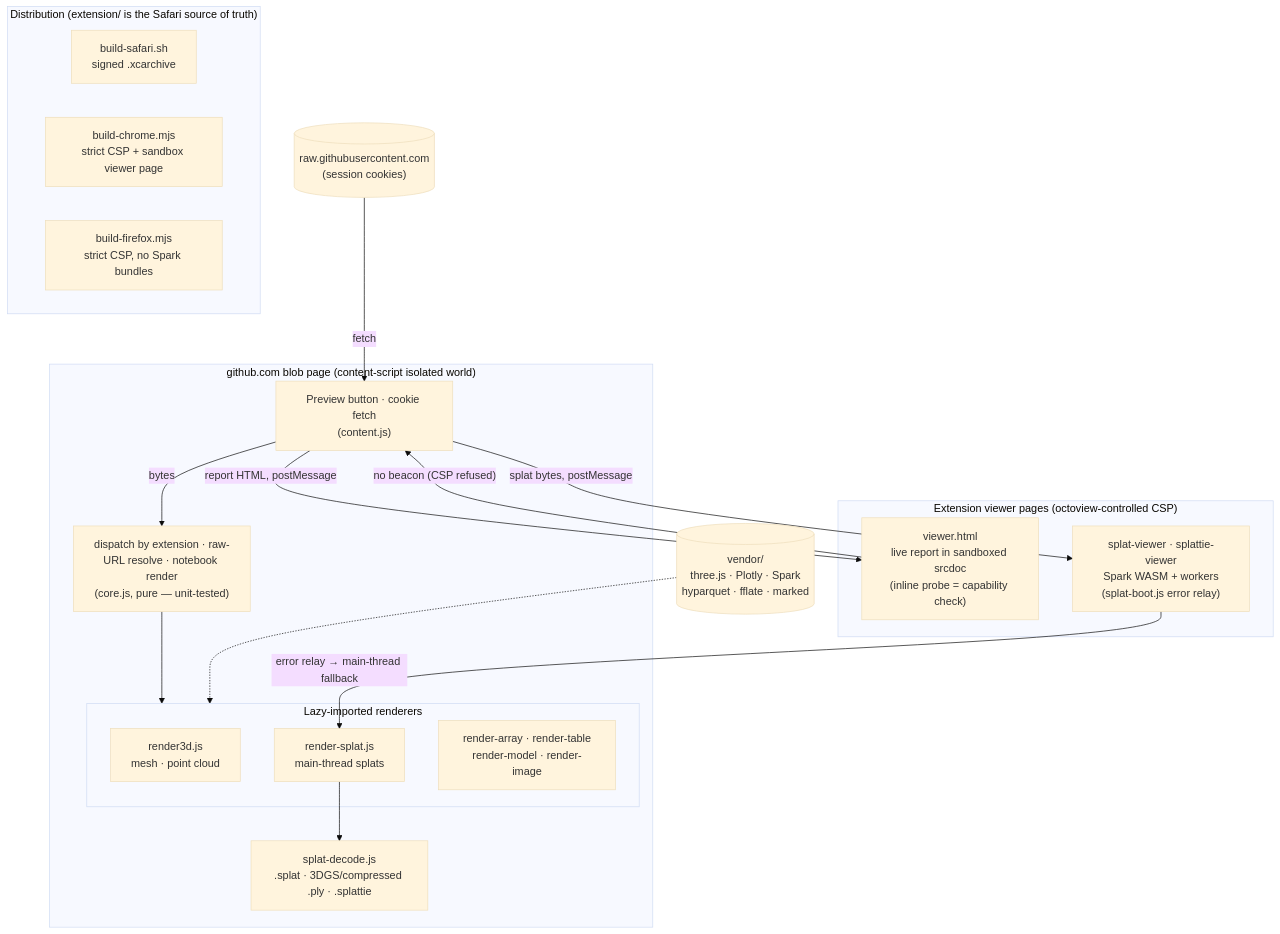
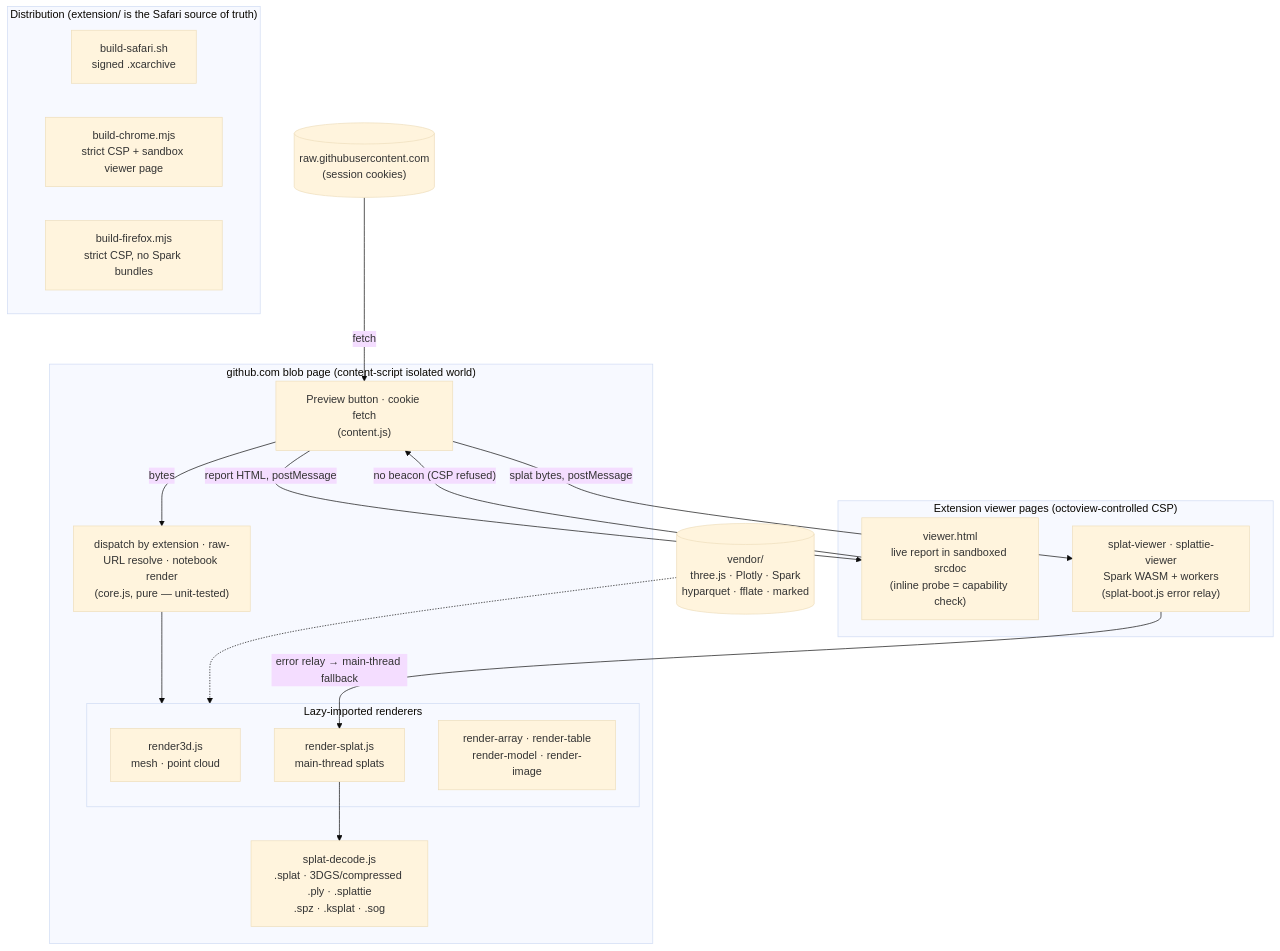
One commit to affromero/octoview changed the diagram in README.md. Above: the diagram before and after it, drawn with Mermaid (base theme). The commit also changed other lines of this file and 12 other files, not shown here.

````diff
--- a/README.md
+++ b/README.md
@@ -138,37 +138,37 @@
 ```mermaid
 flowchart TD
     subgraph blob["github.com blob page (content-script isolated world)"]
         content["Preview button · cookie fetch<br/>(content.js)"]
         core["dispatch by extension · raw-URL resolve · notebook render<br/>(core.js, pure — unit-tested)"]
         subgraph renderers["Lazy-imported renderers"]
             r3d["render3d.js<br/>mesh · point cloud"]
             rsplat["render-splat.js<br/>main-thread splats"]
             rmisc["render-array · render-table<br/>render-model · render-image"]
         end
-        decode["splat-decode.js<br/>.splat · 3DGS/compressed .ply · .splattie"]
+        decode["splat-decode.js<br/>.splat · 3DGS/compressed .ply · .splattie<br/>.spz · .ksplat · .sog"]
     end
 
     subgraph pages["Extension viewer pages (octoview-controlled CSP)"]
         viewer["viewer.html<br/>live report in sandboxed srcdoc<br/>(inline probe = capability check)"]
         sparkview["splat-viewer · splattie-viewer<br/>Spark WASM + workers<br/>(splat-boot.js error relay)"]
     end
 
     gh[("raw.githubusercontent.com<br/>(session cookies)")]
     vendor[("vendor/<br/>three.js · Plotly · Spark<br/>hyparquet · fflate · marked")]
 
     content -->|bytes| core
     gh -->|fetch| content
     core --> renderers
     rsplat --> decode
     vendor -.-> renderers
     content -->|report HTML, postMessage| viewer
     content -->|splat bytes, postMessage| sparkview
     viewer -->|"no beacon (CSP refused)"| content
     sparkview -->|"error relay → main-thread fallback"| rsplat
 
     subgraph builds["Distribution (extension/ is the Safari source of truth)"]
         safari["build-safari.sh<br/>signed .xcarchive"]
         chrome["build-chrome.mjs<br/>strict CSP + sandbox viewer page"]
         firefox["build-firefox.mjs<br/>strict CSP, no Spark bundles"]
     end
 ```
````
